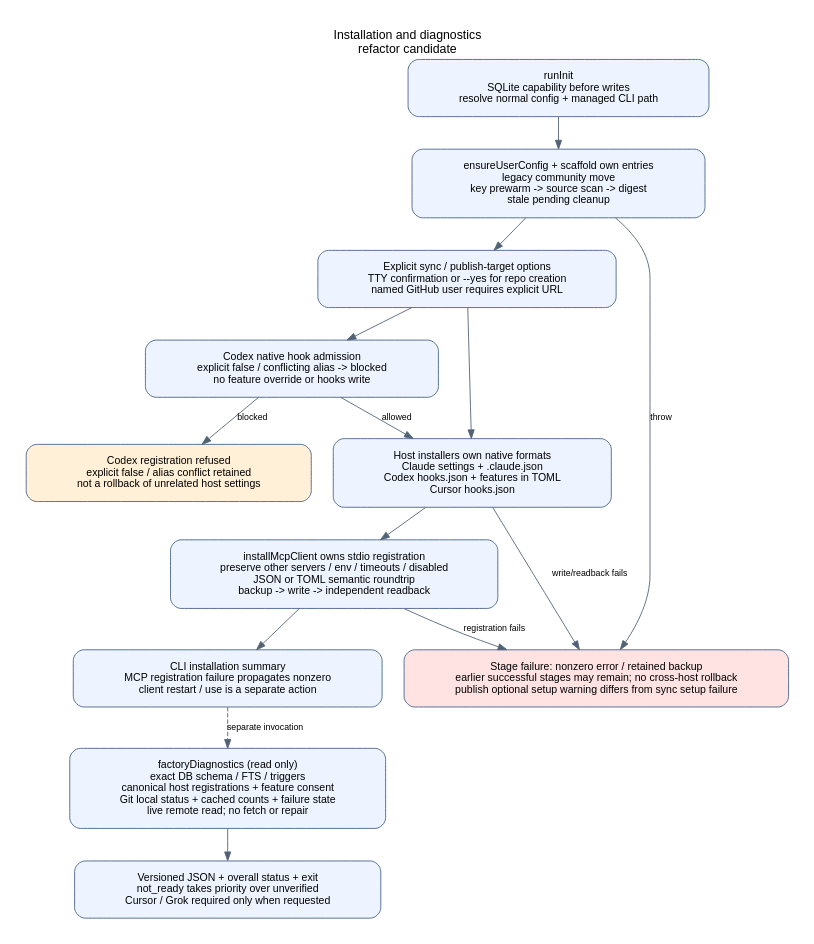
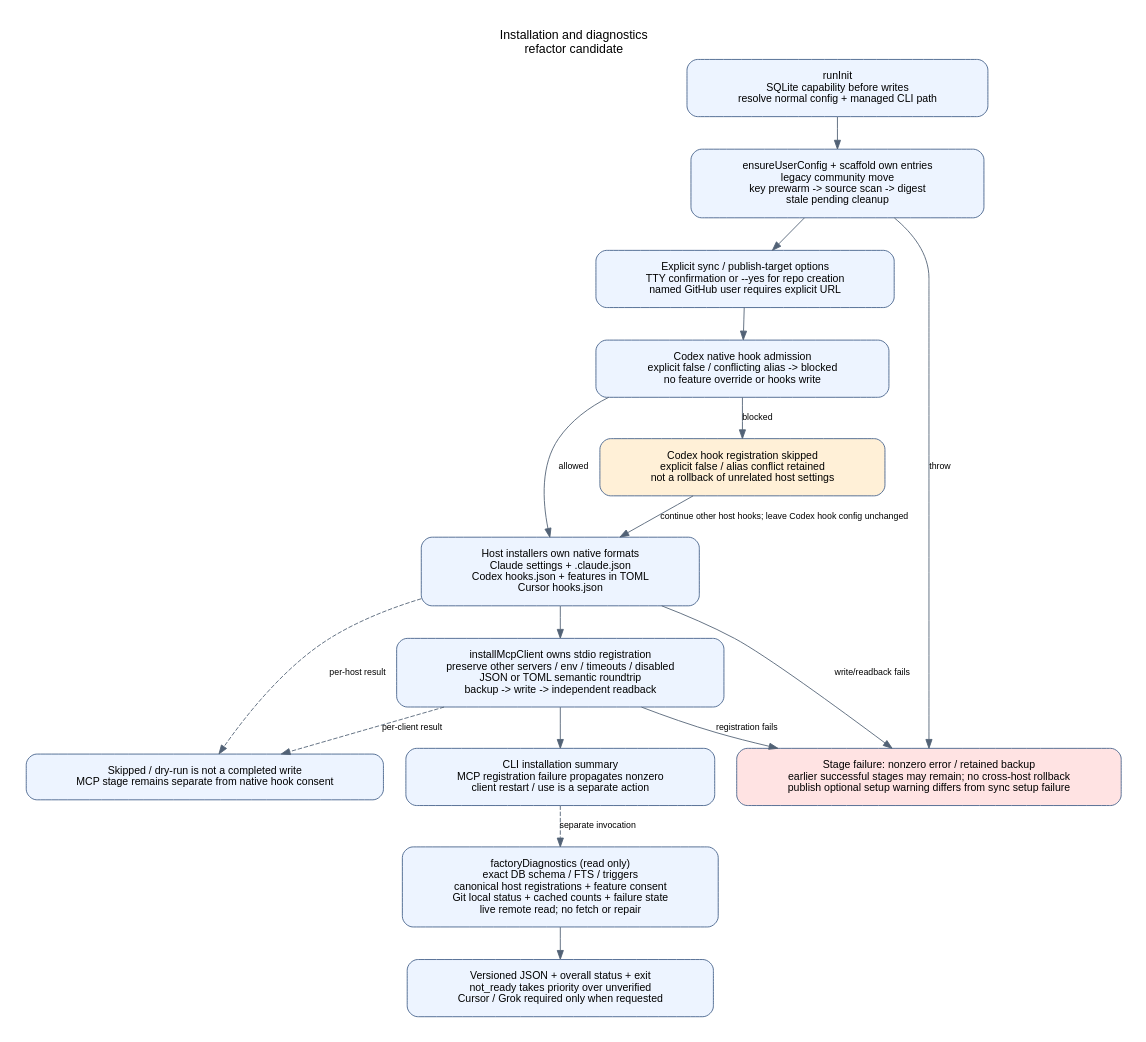
One commit to kitepon/Caveat changed the diagram in docs/diagrams/06-install-diagnostics.dot. Above: the diagram before and after it, drawn with Graphviz. The commit also changed 25 other files, not shown here.

Commit message:
docs: align feature diagrams with failure and delivery contracts

```diff
--- a/docs/diagrams/06-install-diagnostics.dot
+++ b/docs/diagrams/06-install-diagnostics.dot
@@ -1,27 +1,35 @@
 digraph installation {
  graph [rankdir=TB, bgcolor="white", pad="0.3", nodesep="0.35", ranksep="0.5", fontname="Arial", label="Installation and diagnostics\nrefactor candidate", labelloc=t];
  node [shape=box, style="rounded,filled", fillcolor="#edf4ff", color="#45618a", fontname="Arial", fontsize=12, margin="0.8,0.18"];
  edge [fontname="Arial", fontsize=10, color="#526276"];
  init [label="runInit\nSQLite capability before writes\nresolve normal config + managed CLI path"];
  data [label="ensureUserConfig + scaffold own entries\nlegacy community move\nkey prewarm -> source scan -> digest\nstale pending cleanup"];
  optional [label="Explicit sync / publish-target options\nTTY confirmation or --yes for repo creation\nnamed GitHub user requires explicit URL"];
  consent [label="Codex native hook admission\nexplicit false / conflicting alias -> blocked\nno feature override or hooks write"];
  adapters [label="Host installers own native formats\nClaude settings + .claude.json\nCodex hooks.json + features in TOML\nCursor hooks.json"];
  mcp [label="installMcpClient owns stdio registration\npreserve other servers / env / timeouts / disabled\nJSON or TOML semantic roundtrip\nbackup -> write -> independent readback"];
  result [label="CLI installation summary\nMCP registration failure propagates nonzero\nclient restart / use is a separate action"];
  diag [label="factoryDiagnostics (read only)\nexact DB schema / FTS / triggers\ncanonical host registrations + feature consent\nGit local status + cached counts + failure state\nlive remote read; no fetch or repair"];
  status [label="Versioned JSON + overall status + exit\nnot_ready takes priority over unverified\nCursor / Grok required only when requested"];
- init -> data -> optional -> adapters -> mcp -> result;
- optional -> consent;
+ init -> data -> optional -> consent;
+
+ adapters -> mcp -> result;
+
  consent -> adapters [label="allowed"];
  result -> diag [style=dashed, label="separate invocation"];
  diag -> status;
 
  partial [fillcolor="#ffe3e3",label="Stage failure: nonzero error / retained backup\nearlier successful stages may remain; no cross-host rollback\npublish optional setup warning differs from sync setup failure"];
  data -> partial [label="throw"];
  adapters -> partial [label="write/readback fails"];
  mcp -> partial [label="registration fails"];
- blocked [fillcolor="#fff0d7",label="Codex registration refused\nexplicit false / alias conflict retained\nnot a rollback of unrelated host settings"];
+ blocked [fillcolor="#fff0d7",label="Codex hook registration skipped\nexplicit false / alias conflict retained\nnot a rollback of unrelated host settings"];
  consent -> blocked [label="blocked"];
 
+
+ blocked -> adapters [label="continue other host hooks; leave Codex hook config unchanged"];
+ skipped [label="Skipped / dry-run is not a completed write\nMCP stage remains separate from native hook consent"];
+ adapters -> skipped [style=dashed,label="per-host result"];
+ mcp -> skipped [style=dashed,label="per-client result"];
+
 }
```
